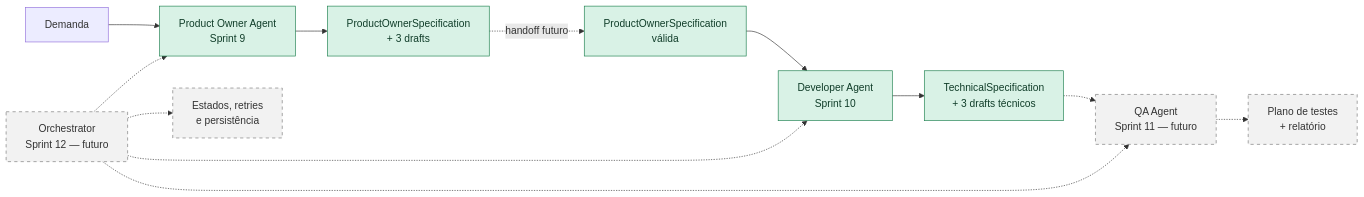
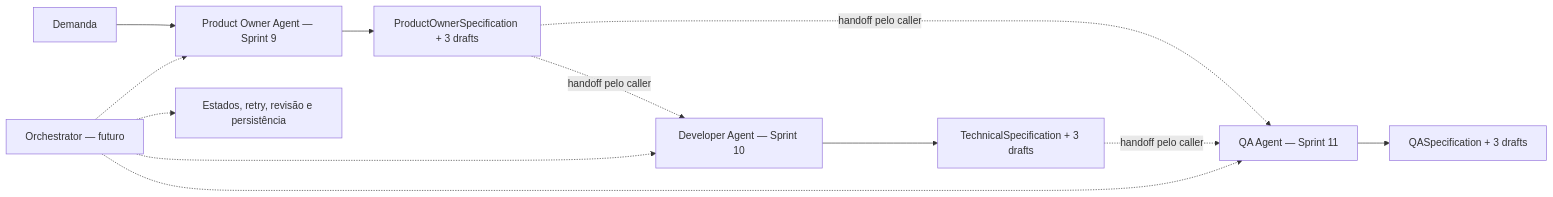
The first of 5 diagrams in knowledge/33-PIPELINE_OVERVIEW.md (felipet66/brq-ai-factory), drawn with Mermaid before and after one commit. The commit also changed other lines of this file and 68 other files, not shown here.

First line of the commit message:
feat(sprint-11): implement QA agent

````diff
--- a/knowledge/33-PIPELINE_OVERVIEW.md
+++ b/knowledge/33-PIPELINE_OVERVIEW.md
@@ -11,21 +11,15 @@
 ```mermaid
 flowchart LR
-    DEMAND["Demanda"] --> PO["Product Owner Agent<br/>Sprint 9"]
-    PO --> POOUT["ProductOwnerSpecification<br/>+ 3 drafts"]
+    DEMAND["Demanda"] --> PO["Product Owner Agent — Sprint 9"]
+    PO --> POS["ProductOwnerSpecification + 3 drafts"]
+    POS -.->|"handoff pelo caller"| DEV["Developer Agent — Sprint 10"]
+    DEV --> TS["TechnicalSpecification + 3 drafts"]
+    POS -.->|"handoff pelo caller"| QA["QA Agent — Sprint 11"]
+    TS -.->|"handoff pelo caller"| QA
+    QA --> QS["QASpecification + 3 drafts"]
 
-    POOUT -.->|"handoff futuro"| DEVIN["ProductOwnerSpecification<br/>válida"]
-    DEVIN --> DEV["Developer Agent<br/>Sprint 10"]
-    DEV --> DEVOUT["TechnicalSpecification<br/>+ 3 drafts técnicos"]
-    DEVOUT -.-> QA["QA Agent<br/>Sprint 11 — futuro"]
-    QA -.-> QAOUT["Plano de testes<br/>+ relatório"]
-
-    ORCH["Orchestrator<br/>Sprint 12 — futuro"] -.-> PO
+    ORCH["Orchestrator — futuro"] -.-> PO
     ORCH -.-> DEV
     ORCH -.-> QA
-    ORCH -.-> PERSIST["Estados, retries<br/>e persistência"]
-
-    classDef current fill:#d9f2e6,stroke:#1b7f4d,color:#103d29
-    classDef future fill:#f2f2f2,stroke:#777,color:#333,stroke-dasharray: 5 5
-    class PO,POOUT,DEVIN,DEV,DEVOUT current
-    class QA,QAOUT,ORCH,PERSIST future
+    ORCH -.-> PERSIST["Estados, retry, revisão e persistência"]
 ```
````
